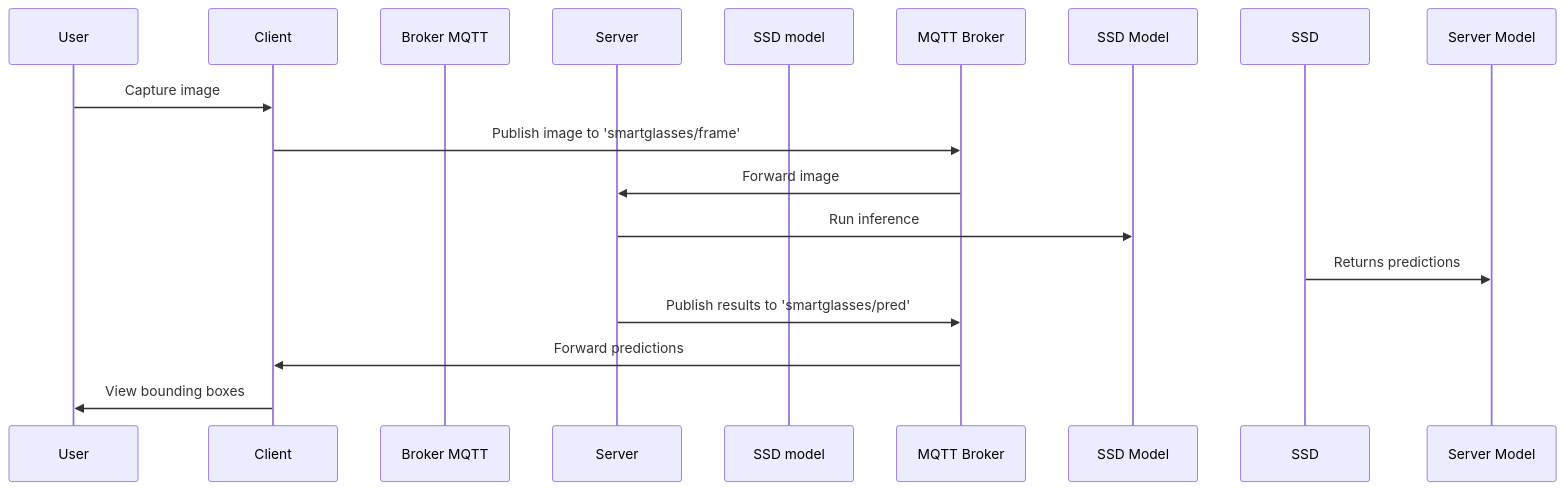
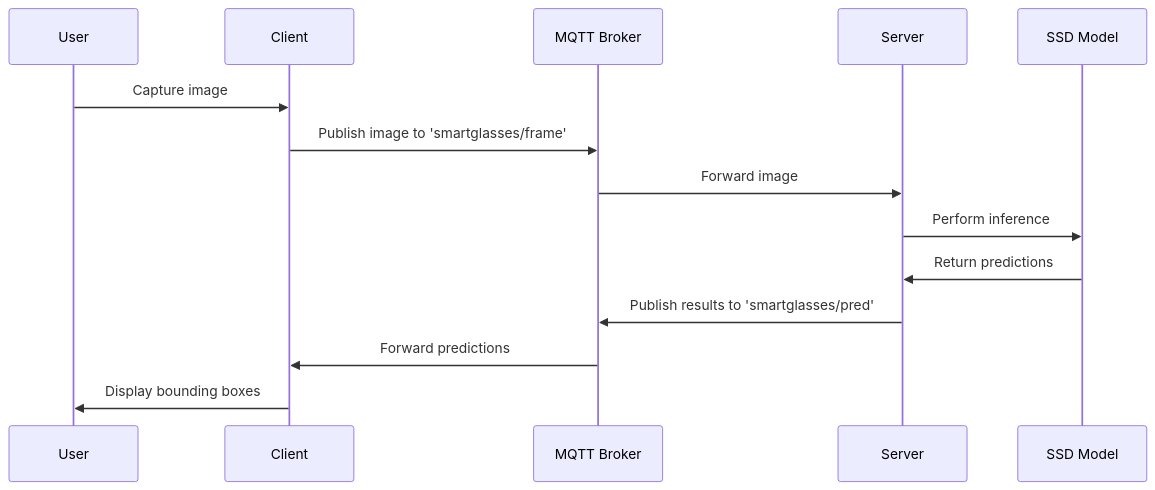
The third of 6 diagrams in README.md (riccardosemeraro/B.O.S.S.-Branch-Bellusci-SSD300-VGG16), drawn with Mermaid before and after one commit. The commit also changed other lines of this file and 1 other file, not shown here.

````diff
--- a/README.md
+++ b/README.md
@@ -403,33 +363,31 @@
 ```mermaid
 
 sequenceDiagram
 
 participant User
 
 participant Client
 
-participant Broker MQTT
+participant MQTT Broker
 
 participant Server
 
-participant SSD model
-
-  
+participant SSD Model
 
 User->>Client: Capture image
 
 Client->>MQTT Broker: Publish image to 'smartglasses/frame'
 
 MQTT Broker->>Server: Forward image
 
-Server->>SSD Model: Run inference
+Server->>SSD Model: Perform inference
 
-SSD->>Server Model: Returns predictions
+SSD Model->>Server: Return predictions
 
 Server->>MQTT Broker: Publish results to 'smartglasses/pred'
 
 MQTT Broker->>Client: Forward predictions
 
-Client->>User: View bounding boxes
+Client->>User: Display bounding boxes
 
 ```
````
